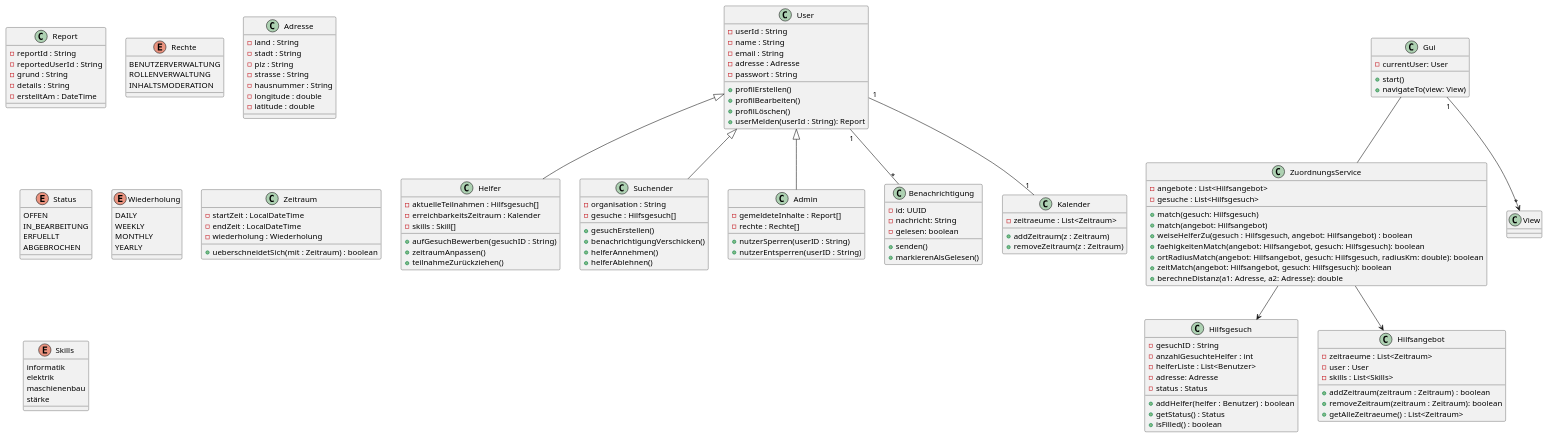
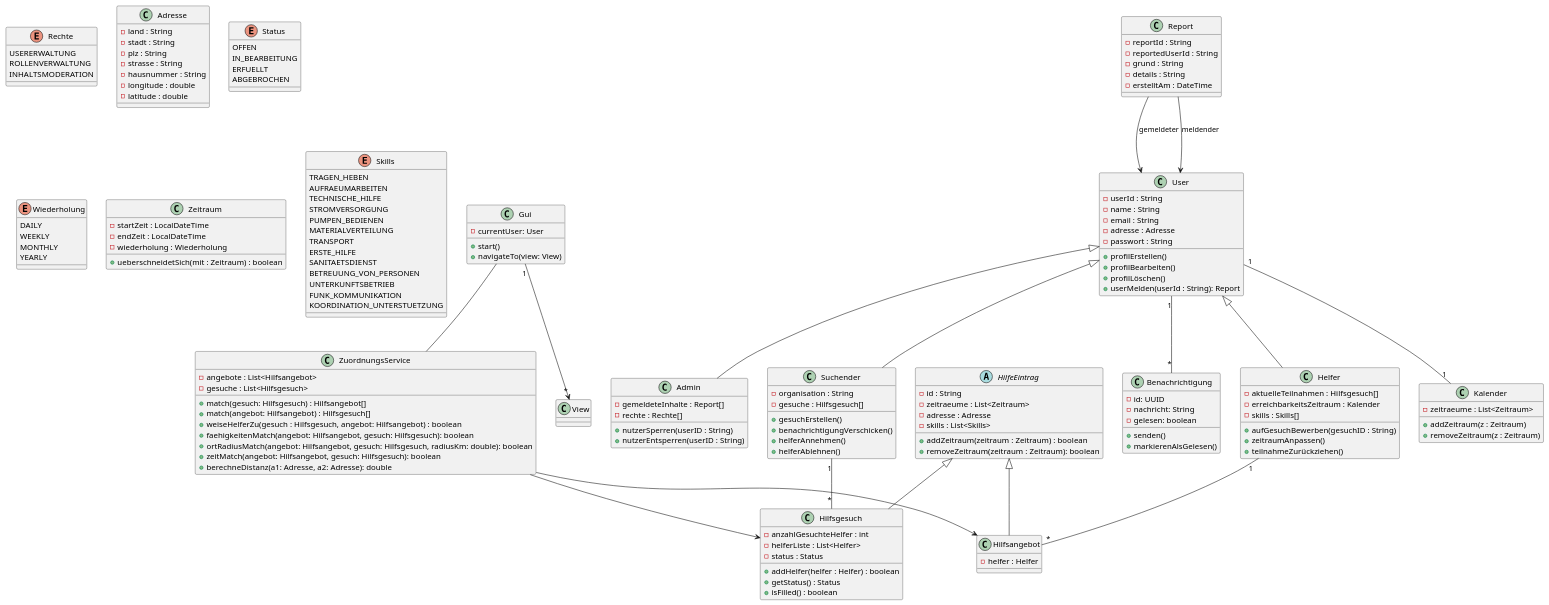
One commit to pxrzivaldev/TeamProjektUML changed the diagram in Klassendiagramm.puml. Above: the diagram before and after it, drawn with PlantUML.

Commit message:
Assoziationen und Verbesserungen

```diff
--- a/Klassendiagramm.puml
+++ b/Klassendiagramm.puml
@@ -1,156 +1,176 @@
 @startuml
 
 class User {
   - userId : String
   - name : String
   - email : String
   - adresse : Adresse
   - passwort : String
   + profilErstellen()
   + profilBearbeiten()
   + profilLöschen()
   + userMelden(userId : String): Report
 }
 
 class Helfer {
   - aktuelleTeilnahmen : Hilfsgesuch[]
   - erreichbarkeitsZeitraum : Kalender
-  - skills : Skill[]
+  - skills : Skills[]
   + aufGesuchBewerben(gesuchID : String)
   + zeitraumAnpassen()
   + teilnahmeZurückziehen()
 }
 
 class Suchender {
   - organisation : String
   - gesuche : Hilfsgesuch[]
   + gesuchErstellen()
   + benachrichtigungVerschicken()
   + helferAnnehmen()
   + helferAblehnen()
 }
 
 class Admin {
   - gemeldeteInhalte : Report[]
   - rechte : Rechte[]
   + nutzerSperren(userID : String)
   + nutzerEntsperren(userID : String)
 }
 
 class Report {
   - reportId : String
   - reportedUserId : String
   - grund : String
   - details : String
   - erstelltAm : DateTime
 }
 
+Report --> User : gemeldeter
+Report --> User : meldender
+
 enum Rechte {
-  BENUTZERVERWALTUNG
+  USERERWALTUNG
   ROLLENVERWALTUNG
   INHALTSMODERATION
 }
 
 User <|-- Helfer
 User <|-- Suchender
 User <|-- Admin
 
 class Adresse {
   - land : String
   - stadt : String
   - plz : String
   - strasse : String
   - hausnummer : String
   - longitude : double
   - latitude : double
 }
 
 enum Status {
   OFFEN
   IN_BEARBEITUNG
   ERFUELLT
   ABGEBROCHEN
 }
 
+abstract class HilfeEintrag {
+  - id : String
+  - zeitraeume : List<Zeitraum>
+  - adresse : Adresse
+  - skills : List<Skills>
+  + addZeitraum(zeitraum : Zeitraum) : boolean
+  + removeZeitraum(zeitraum : Zeitraum): boolean
+}
+
 class Hilfsgesuch {
-  - gesuchID : String
   - anzahlGesuchteHelfer : int
-  - helferListe : List<Benutzer>
-  - adresse: Adresse
+  - helferListe : List<Helfer>
   - status : Status
-  + addHelfer(helfer : Benutzer) : boolean
+  + addHelfer(helfer : Helfer) : boolean
   + getStatus() : Status
   + isFilled() : boolean
 }
 
+Suchender "1" -- "*" Hilfsgesuch
+HilfeEintrag <|-- Hilfsgesuch
+
 class Hilfsangebot {
-  - zeitraeume : List<Zeitraum>
-  - user : User
-  - skills : List<Skills>
-  + addZeitraum(zeitraum : Zeitraum) : boolean
-  + removeZeitraum(zeitraum : Zeitraum): boolean
-  + getAlleZeitraeume() : List<Zeitraum>
+  - helfer : Helfer
 }
+
+Helfer "1" -- "*" Hilfsangebot
+HilfeEintrag <|-- Hilfsangebot
 
 enum Wiederholung {
   DAILY
   WEEKLY
   MONTHLY
   YEARLY
 }
 
 class Zeitraum {
   - startZeit : LocalDateTime
   - endZeit : LocalDateTime
   - wiederholung : Wiederholung
   + ueberschneidetSich(mit : Zeitraum) : boolean
 }
 
 enum Skills {
-  informatik
-  elektrik
-  maschienenbau
-  stärke
+  TRAGEN_HEBEN
+  AUFRAEUMARBEITEN
+  TECHNISCHE_HILFE
+  STROMVERSORGUNG
+  PUMPEN_BEDIENEN
+  MATERIALVERTEILUNG
+  TRANSPORT
+  ERSTE_HILFE
+  SANITAETSDIENST
+  BETREUUNG_VON_PERSONEN
+  UNTERKUNFTSBETRIEB
+  FUNK_KOMMUNIKATION
+  KOORDINATION_UNTERSTUETZUNG
 }
 
 class Benachrichtigung {
   - id: UUID
   - nachricht: String
   - gelesen: boolean
   + senden()
   + markierenAlsGelesen()
 }
 
 class Kalender {
   - zeitraeume : List<Zeitraum>
   + addZeitraum(z : Zeitraum)
   + removeZeitraum(z : Zeitraum)
 }
 
 User "1" -- "1" Kalender
 User "1" -- "*" Benachrichtigung
 
 class Gui {
   - currentUser: User
   + start()
   + navigateTo(view: View)
 }
 
 class ZuordnungsService {
   - angebote : List<Hilfsangebot>
   - gesuche : List<Hilfsgesuch>
-  + match(gesuch: Hilfsgesuch)
-  + match(angebot: Hilfsangebot)
+  + match(gesuch: Hilfsgesuch) : Hilfsangebot[]
+  + match(angebot: Hilfsangebot) : Hilfsgesuch[]
   + weiseHelferZu(gesuch : Hilfsgesuch, angebot: Hilfsangebot) : boolean
   + faehigkeitenMatch(angebot: Hilfsangebot, gesuch: Hilfsgesuch): boolean
   + ortRadiusMatch(angebot: Hilfsangebot, gesuch: Hilfsgesuch, radiusKm: double): boolean
   + zeitMatch(angebot: Hilfsangebot, gesuch: Hilfsgesuch): boolean
   + berechneDistanz(a1: Adresse, a2: Adresse): double
 }
 
 Gui -- ZuordnungsService
 ZuordnungsService --> Hilfsgesuch
 ZuordnungsService --> Hilfsangebot
 Gui "1" --> "*" View
 
 @enduml
```
